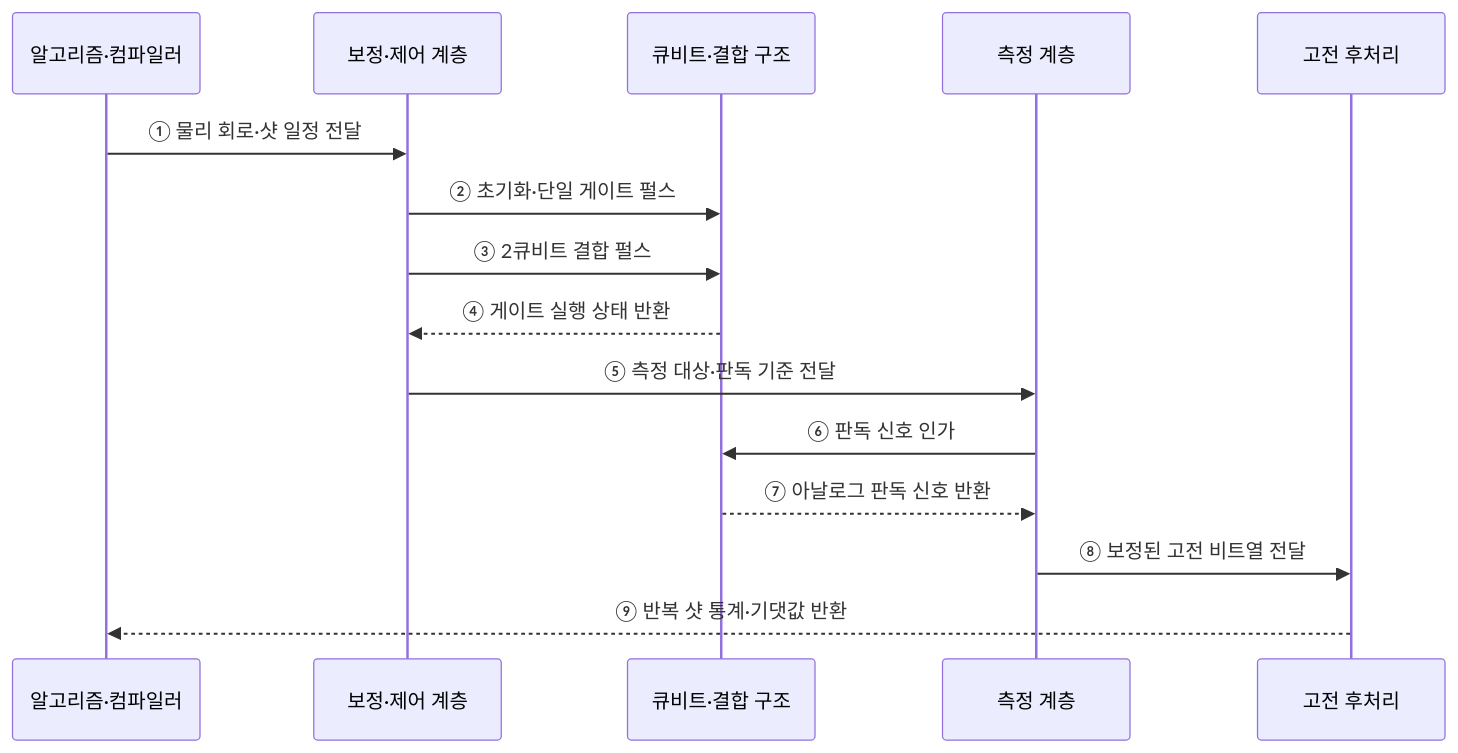
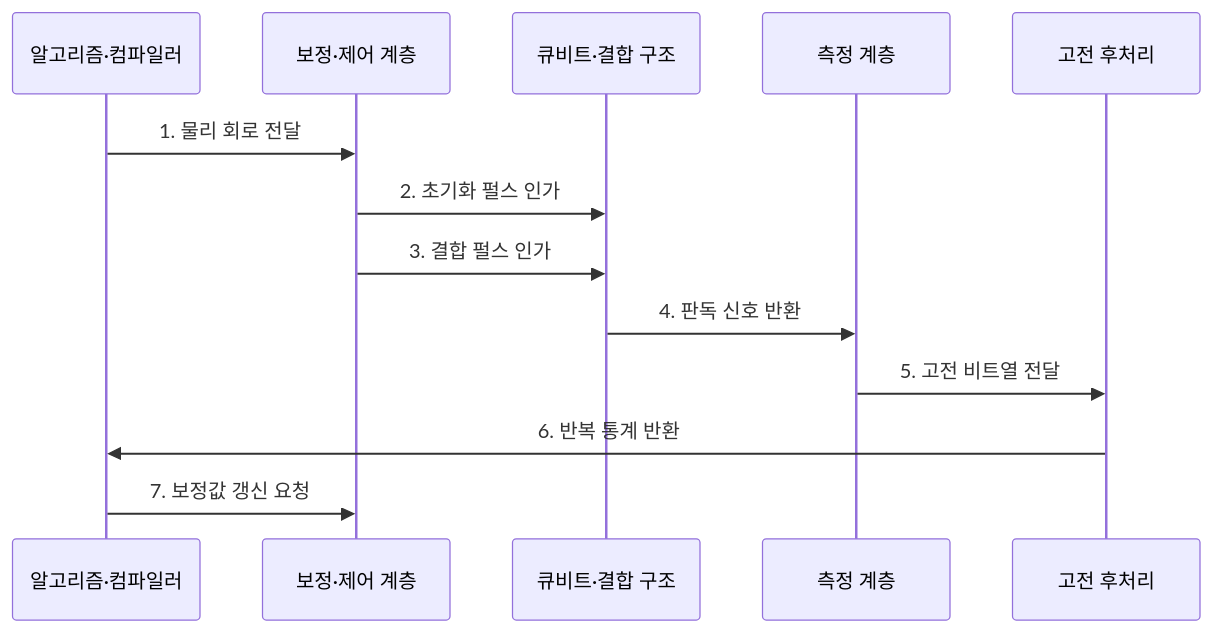
Before and after one commit to agnusdei1207/knowledge-base: the second of 2 diagrams in src/content/docs/notes/02-hardware/072_quantum_computing_qubit.md, drawn with Mermaid. The commit also changed other lines of this file and 20 other files, not shown here.

````diff
--- a/src/content/docs/notes/02-hardware/072_quantum_computing_qubit.md
+++ b/src/content/docs/notes/02-hardware/072_quantum_computing_qubit.md
@@ -86,18 +95,16 @@
 ```mermaid
 sequenceDiagram
     participant A as 알고리즘·컴파일러
     participant B as 보정·제어 계층
     participant Q as 큐비트·결합 구조
     participant M as 측정 계층
     participant H as 고전 후처리
 
-    A->>B: ① 물리 회로·샷 일정 전달
-    B->>Q: ② 초기화·단일 게이트 펄스
-    B->>Q: ③ 2큐비트 결합 펄스
-    Q-->>B: ④ 게이트 실행 상태 반환
-    B->>M: ⑤ 측정 대상·판독 기준 전달
-    M->>Q: ⑥ 판독 신호 인가
-    Q-->>M: ⑦ 아날로그 판독 신호 반환
-    M->>H: ⑧ 보정된 고전 비트열 전달
-    H-->>A: ⑨ 반복 샷 통계·기댓값 반환
+    A->>B: 1. 물리 회로 전달
+    B->>Q: 2. 초기화 펄스 인가
+    B->>Q: 3. 결합 펄스 인가
+    Q->>M: 4. 판독 신호 반환
+    M->>H: 5. 고전 비트열 전달
+    H->>A: 6. 반복 통계 반환
+    A->>B: 7. 보정값 갱신 요청
 ```
````
